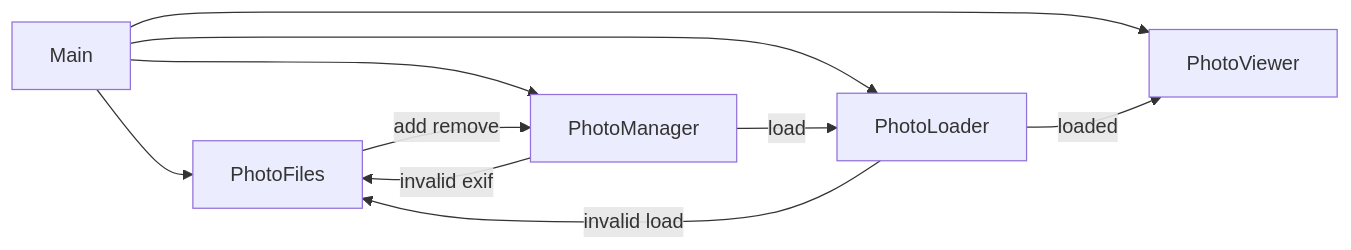
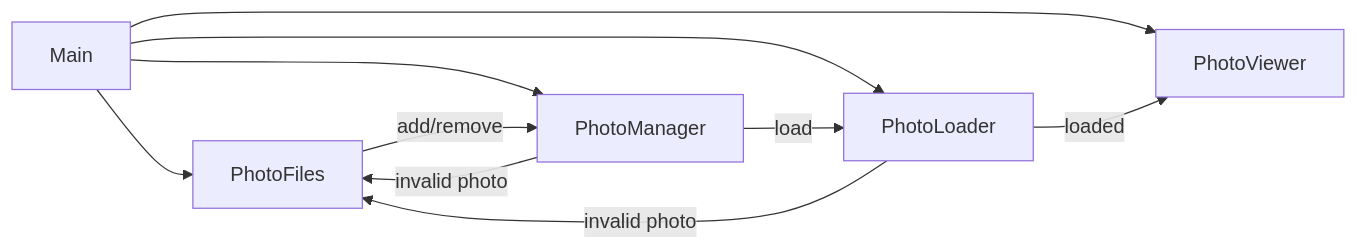
The diagram in README.md (vincentl/rust-photo-frame), drawn with Mermaid before and after one commit. The commit also changed 11 other files, not shown here.

````diff
--- a/README.md
+++ b/README.md
@@ -19,13 +19,13 @@
 ```mermaid
 flowchart LR
   MAIN[Main] --> FILES[PhotoFiles]
   MAIN --> MAN[PhotoManager]
   MAIN --> LOAD[PhotoLoader]
   MAIN --> VIEW[PhotoViewer]
 
-  FILES -->|add remove| MAN
-  MAN -->|invalid exif| FILES
+  FILES -->|add/remove| MAN
+  MAN -->|invalid photo| FILES
   MAN -->|load| LOAD
   LOAD -->|loaded| VIEW
-  LOAD -->|invalid load| FILES
+  LOAD -->|invalid photo| FILES
 ```
````
